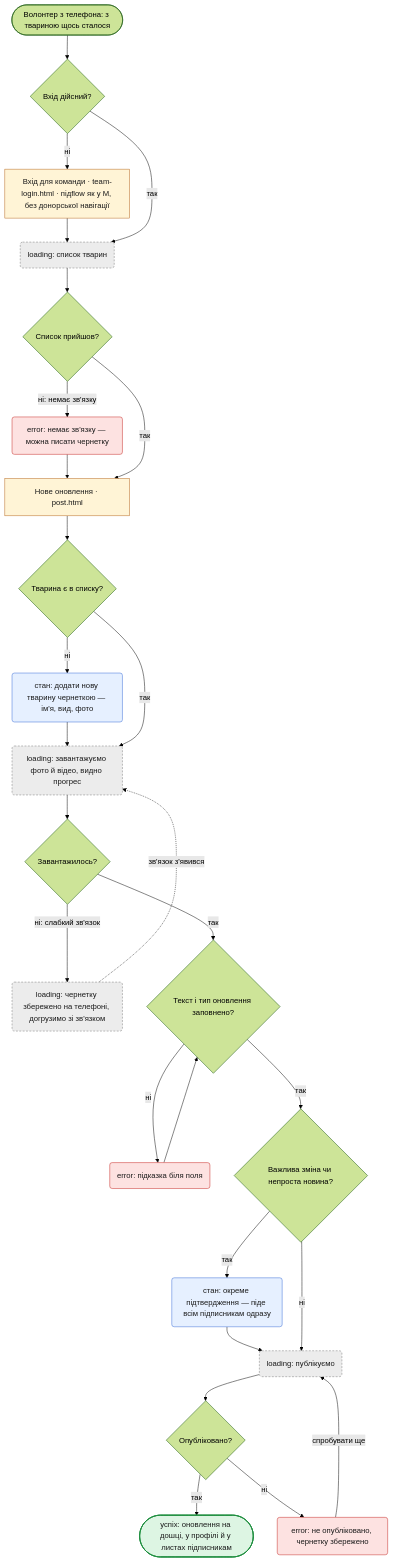
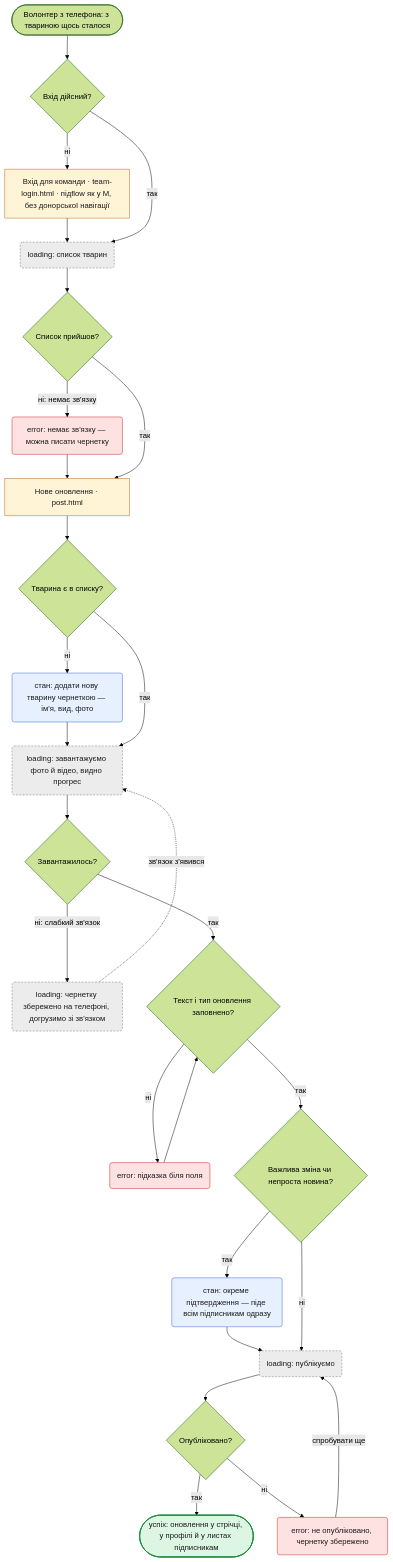
Before and after one commit to diadieva/pride: the eighth of 8 diagrams in flows.md, drawn with Mermaid (forest theme). The commit also changed other lines of this file and 66 other files, not shown here.

````diff
--- a/flows.md
+++ b/flows.md
@@ -771,39 +771,39 @@
 ```mermaid
 flowchart TD
     S(["Волонтер з телефона: з твариною щось сталося"]) --> Q1{"Вхід дійсний?"}
     Q1 -->|ні| LOGIN["Вхід для команди · team-login.html · підflow як у M, без донорської навігації"]
     LOGIN --> L1
     Q1 -->|так| L1("loading: список тварин")
     L1 --> Q2{"Список прийшов?"}
     Q2 -->|"ні: немає зв'язку"| E1("error: немає зв'язку — можна писати чернетку")
     E1 --> POST
     Q2 -->|так| POST["Нове оновлення · post.html"]
     POST --> Q3{"Тварина є в списку?"}
     Q3 -->|ні| ST1("стан: додати нову тварину чернеткою — ім'я, вид, фото")
     ST1 --> L2
     Q3 -->|так| L2("loading: завантажуємо фото й відео, видно прогрес")
     L2 --> Q4{"Завантажилось?"}
     Q4 -->|"ні: слабкий зв'язок"| ST2("loading: чернетку збережено на телефоні, догрузимо зі зв'язком")
     ST2 -.->|"зв'язок з'явився"| L2
     Q4 -->|так| Q5{"Текст і тип оновлення заповнено?"}
     Q5 -->|ні| E2("error: підказка біля поля")
     E2 --> Q5
     Q5 -->|так| Q6{"Важлива зміна чи непроста новина?"}
     Q6 -->|так| ST3("стан: окреме підтвердження — піде всім підписникам одразу")
     ST3 --> L3
     Q6 -->|ні| L3("loading: публікуємо")
     L3 --> Q7{"Опубліковано?"}
-    Q7 -->|так| OK1(["успіх: оновлення на дошці, у профілі й у листах підписникам"])
+    Q7 -->|так| OK1(["успіх: оновлення у стрічці, у профілі й у листах підписникам"])
     Q7 -->|ні| E3("error: не опубліковано, чернетку збережено")
     E3 -->|"спробувати ще"| L3
     classDef screen fill:#FFF4D6,stroke:#B5651D,color:#1a1a1a
     classDef loading fill:#ECECEC,stroke:#777777,color:#1a1a1a,stroke-dasharray:4 3
     classDef error fill:#FDE2E1,stroke:#C5221F,color:#1a1a1a
     classDef state fill:#E6F0FF,stroke:#3367D6,color:#1a1a1a
     classDef ok fill:#DDF5E3,stroke:#1E8E3E,color:#1a1a1a,stroke-width:2px
     class LOGIN,POST screen
     class L1,L2,L3,ST2 loading
     class E1,E2,E3 error
     class ST1,ST3 state
     class OK1 ok
 ```
````
